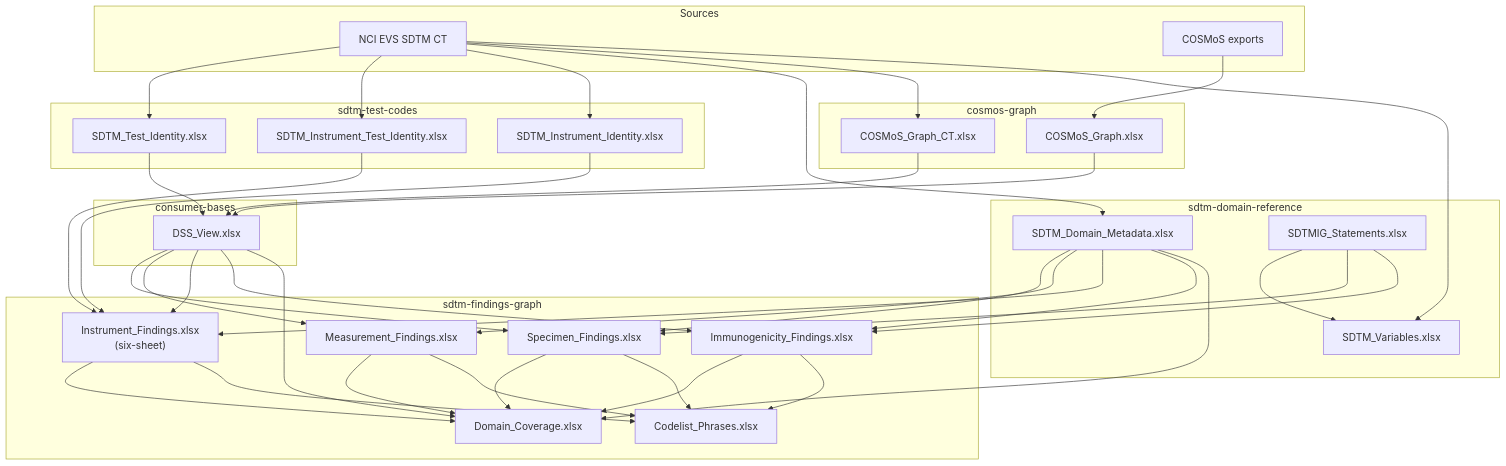
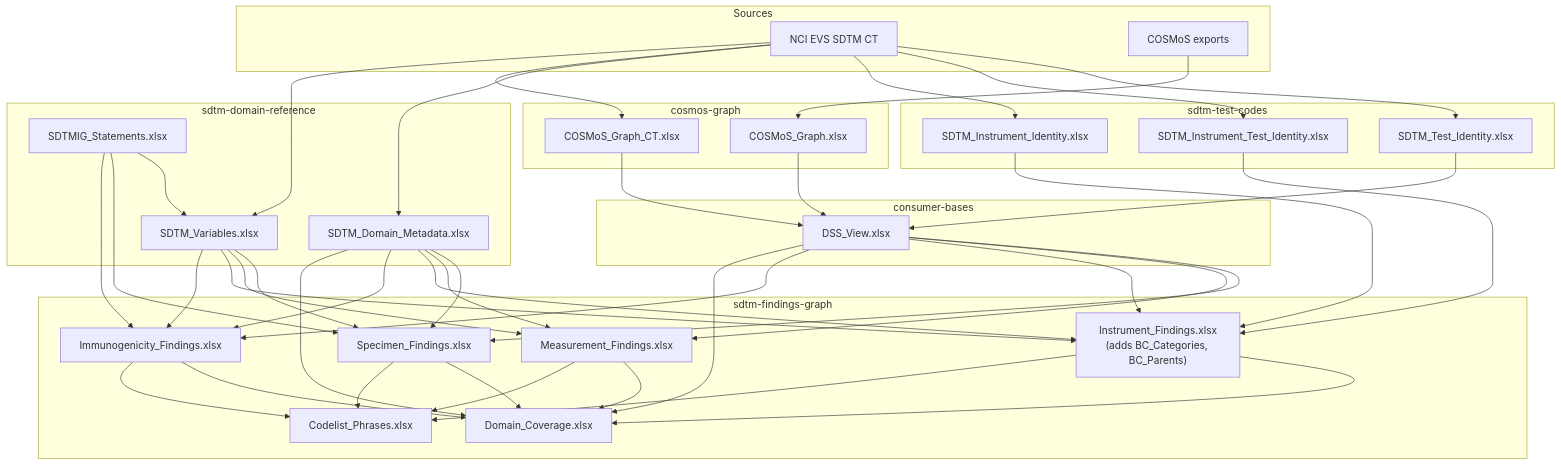
Before and after one commit to kerfors/cdisc-for-ai: the first of 2 diagrams in docs/Data_Flow.md, drawn with Mermaid. The commit also changed 14 other files, not shown here.

Commit message:
Findings files: Domain_Variables sheet, the candidates for facets

````diff
--- a/docs/Data_Flow.md
+++ b/docs/Data_Flow.md
@@ -9,73 +9,77 @@
 ```mermaid
 graph TD
     subgraph Sources
         EVS["NCI EVS SDTM CT"]
         COS["COSMoS exports"]
     end
 
     subgraph sdtm-test-codes
         TI["SDTM_Test_Identity.xlsx"]
         ITI["SDTM_Instrument_Test_Identity.xlsx"]
         II["SDTM_Instrument_Identity.xlsx"]
     end
 
     subgraph cosmos-graph
         CG["COSMoS_Graph.xlsx"]
         CGC["COSMoS_Graph_CT.xlsx"]
     end
 
     subgraph sdtm-domain-reference
         DM["SDTM_Domain_Metadata.xlsx"]
         STM["SDTMIG_Statements.xlsx"]
         SVR["SDTM_Variables.xlsx"]
     end
 
     subgraph consumer-bases
         DV["DSS_View.xlsx"]
     end
 
     subgraph sdtm-findings-graph
         SF["Specimen_Findings.xlsx"]
         MF["Measurement_Findings.xlsx"]
-        IF["Instrument_Findings.xlsx<br/>(six-sheet)"]
+        IF["Instrument_Findings.xlsx<br/>(adds BC_Categories, BC_Parents)"]
         IMF["Immunogenicity_Findings.xlsx"]
         DC["Domain_Coverage.xlsx"]
         CPH["Codelist_Phrases.xlsx"]
     end
 
     EVS --> TI
     EVS --> ITI
     EVS --> II
     EVS --> DM
     EVS --> CGC
     COS --> CG
 
     CG --> DV
     CGC --> DV
     TI --> DV
 
     DV --> SF
     DV --> MF
     DV --> IF
     DV --> IMF
     DM --> SF
     DM --> MF
     STM --> SVR
     EVS --> SVR
     STM --> SF
     STM --> IMF
+    SVR --> SF
+    SVR --> MF
+    SVR --> IF
+    SVR --> IMF
     DM --> IF
     DM --> IMF
     II --> IF
     ITI --> IF
     SF --> DC
     MF --> DC
     IF --> DC
     IMF --> DC
     SF --> CPH
     MF --> CPH
     IF --> CPH
     IMF --> CPH
     DM --> DC
     DV --> DC
 ```
````
